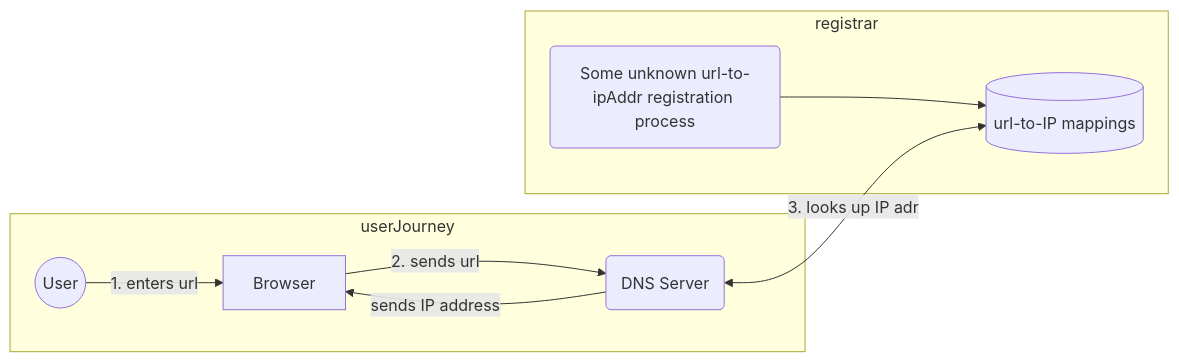
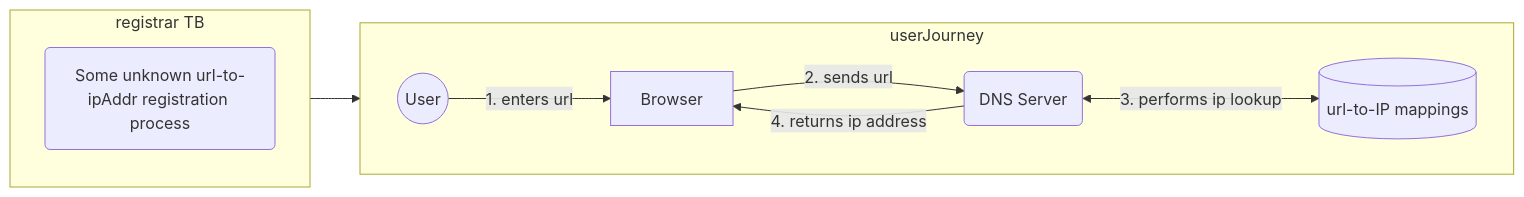
The diagram in content/drafts/2023/20230125-dns.md (timdenison/blog), drawn with Mermaid before and after one commit.

Commit message:
tweak mermaid

````diff
--- a/content/drafts/2023/20230125-dns.md
+++ b/content/drafts/2023/20230125-dns.md
@@ -31,16 +31,19 @@
 ```mermaid
 flowchart LR
-    user((User)); 
-    browser[Browser];
-    dnsServer(DNS Server);
-    ipLookup[(url-to-IP mappings)];
-    subgraph registrar;
-    reg(Some unknown url-to-ipAddr registration process)-->ipLookup
+    subgraph userJourney;
+        direction LR
+        user((User)); 
+        browser[Browser];
+        dnsServer(DNS Server);
+        user -->|1. enters url| browser
+        browser --> |2. sends url| dnsServer;
+        dnsServer <--> |3. performs ip lookup| ipLookup
+        dnsServer --> |4. returns ip address| browser;
     end
-    subgraph userJourney;
-    user -->|1. enters url| browser
-    browser -->|2. sends url| dnsServer;
-    dnsServer <--> |3. looks up IP adr| ipLookup
-    dnsServer -->|sends IP address| browser;
+    subgraph registrar TB;
+        direction TB
+        ipLookup[(url-to-IP mappings)];
+        reg(Some unknown url-to-ipAddr registration process)-->ipLookup
     end
+
 ```
````
